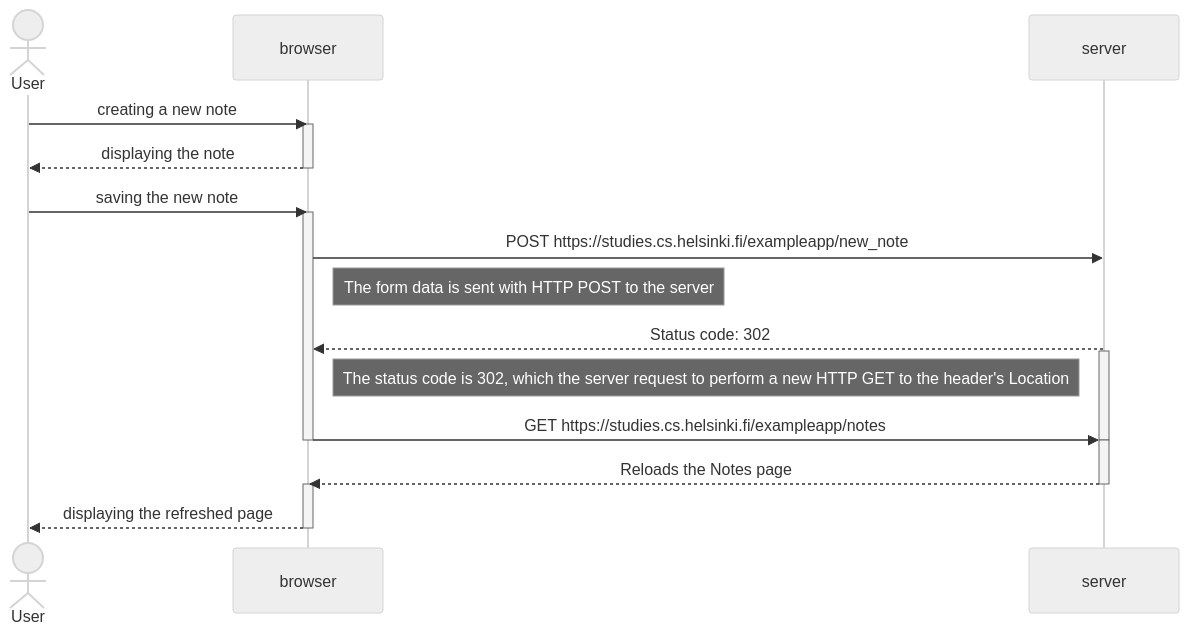
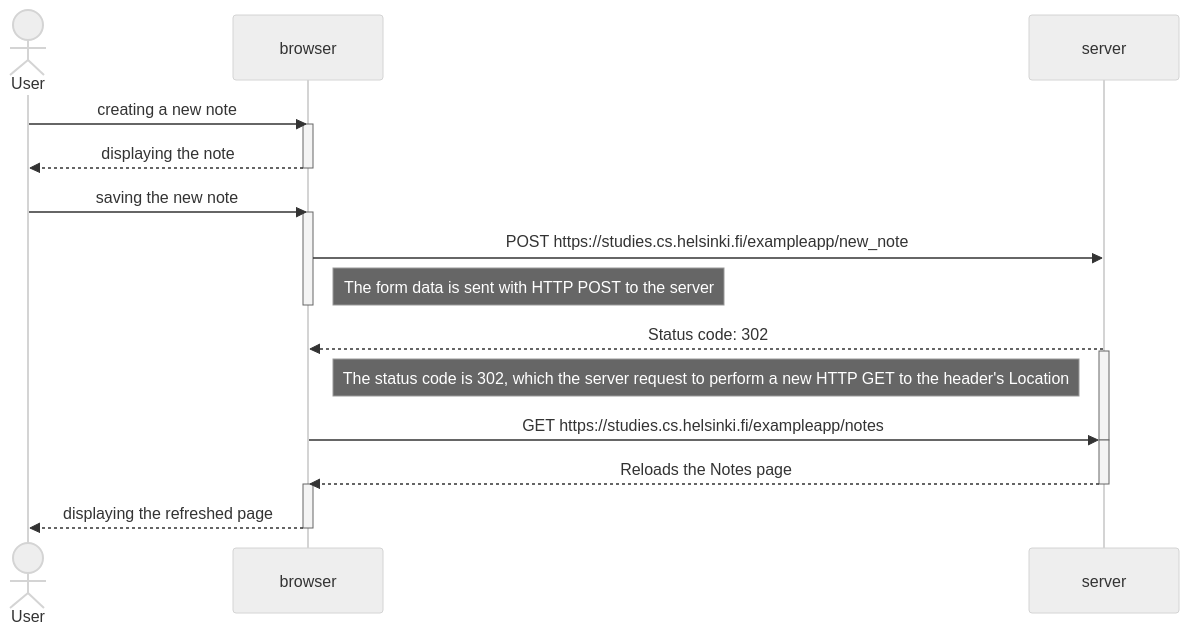
One commit to lumuellelumelay/full_stack_open changed the first of 3 diagrams in README.md. Above: the diagram before and after it, drawn with Mermaid (neutral theme). The commit also changed other lines of this file, not shown here.

````diff
--- a/README.md
+++ b/README.md
@@ -4,34 +4,34 @@
 ```mermaid
 sequenceDiagram
     actor User
     participant browser
     participant server
 
     User->>browser: creating a new note
     activate browser
     browser-->>User: displaying the note
     deactivate browser
 
     User->>browser: saving the new note
     activate browser
     browser->>server: POST https://studies.cs.helsinki.fi/exampleapp/new_note
 
     Note right of browser: The form data is sent with HTTP POST to the server
+    deactivate browser
 
     server-->>browser: Status code: 302
     activate server
 
     Note right of browser: The status code is 302, which the server request to perform a new HTTP GET to the header's Location
 
     browser->>server: GET https://studies.cs.helsinki.fi/exampleapp/notes
     deactivate server
 
-    deactivate browser
     activate server
     server-->>browser: Reloads the Notes page
     deactivate server
 
     activate browser
     browser-->>User: displaying the refreshed page
     deactivate browser
 ```
````
